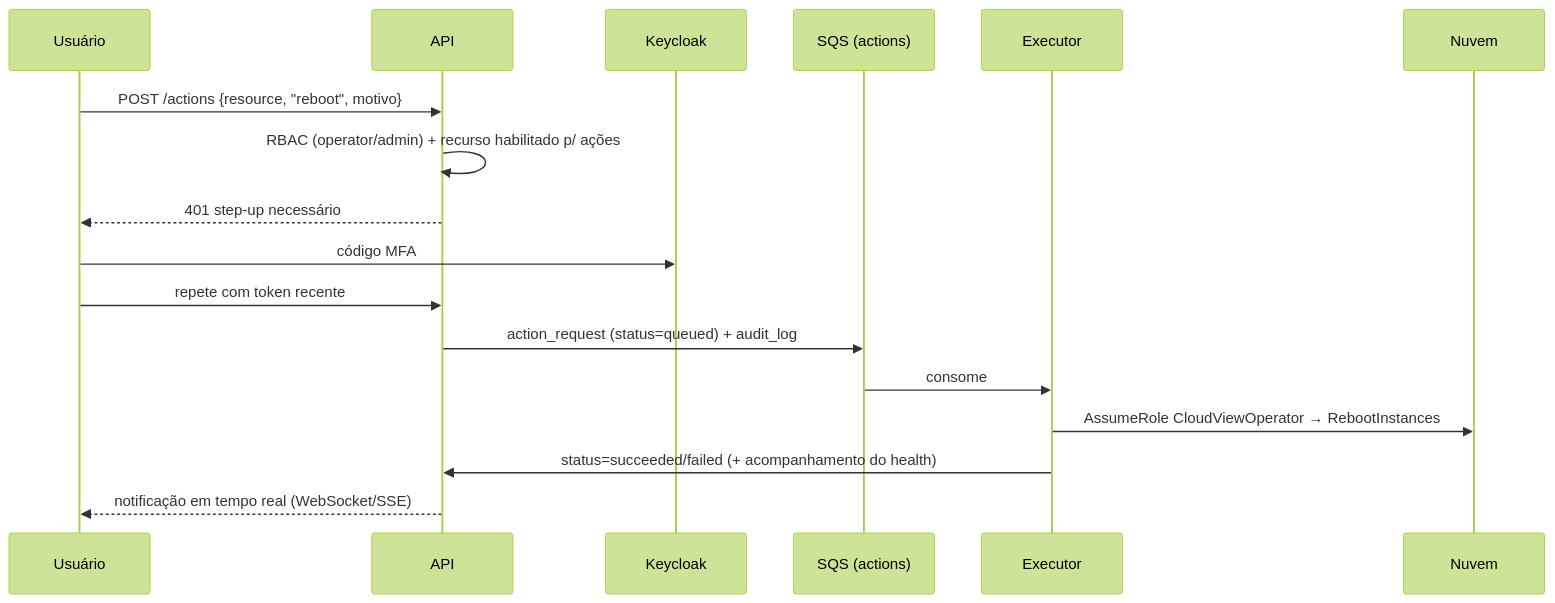
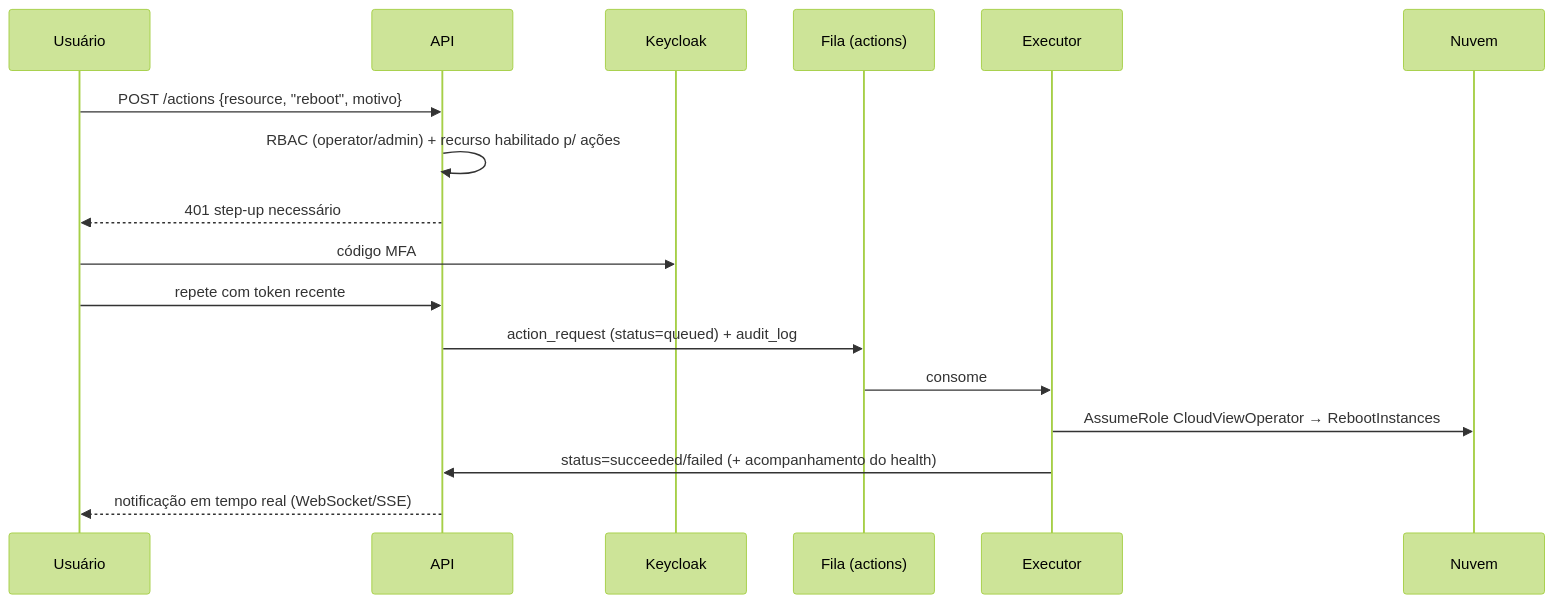
The second of 2 diagrams in docs/ARCHITECTURE.md (faiole/cloud-view), drawn with Mermaid (forest theme) before and after one commit. The commit also changed other lines of this file and 83 other files, not shown here.

````diff
--- a/docs/ARCHITECTURE.md
+++ b/docs/ARCHITECTURE.md
@@ -250,19 +249,19 @@
 ```mermaid
 sequenceDiagram
     participant U as Usuário
     participant API
     participant KC as Keycloak
-    participant Q as SQS (actions)
+    participant Q as Fila (actions)
     participant EX as Executor
     participant C as Nuvem
     U->>API: POST /actions {resource, "reboot", motivo}
     API->>API: RBAC (operator/admin) + recurso habilitado p/ ações
     API-->>U: 401 step-up necessário
     U->>KC: código MFA
     U->>API: repete com token recente
     API->>Q: action_request (status=queued) + audit_log
     Q->>EX: consome
     EX->>C: AssumeRole CloudViewOperator → RebootInstances
     EX->>API: status=succeeded/failed (+ acompanhamento do health)
     API-->>U: notificação em tempo real (WebSocket/SSE)
 ```
````
